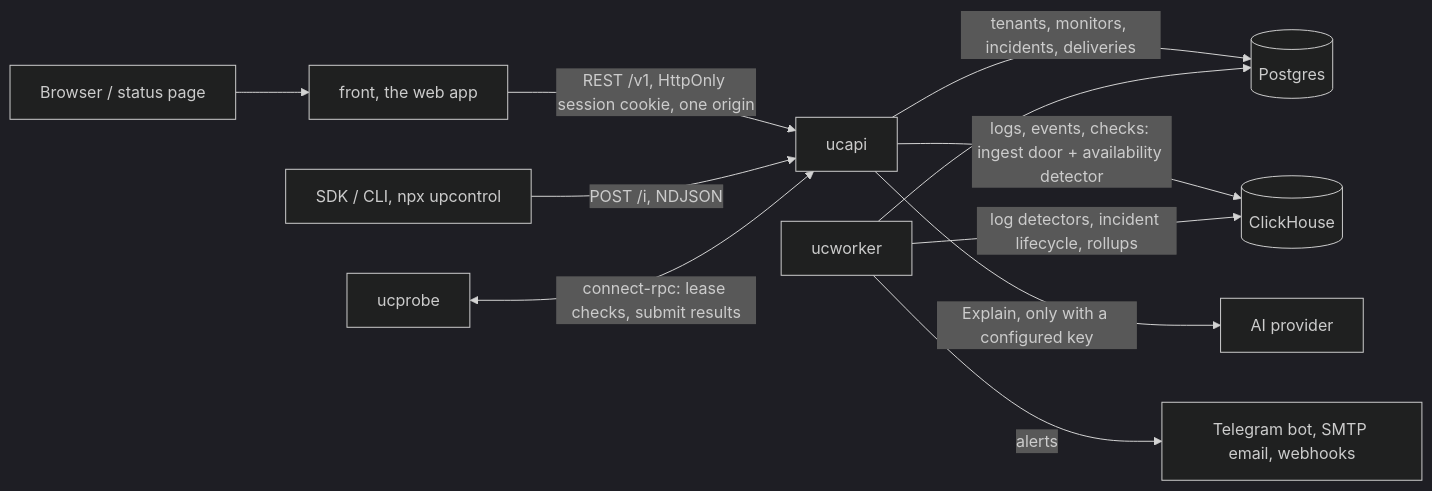
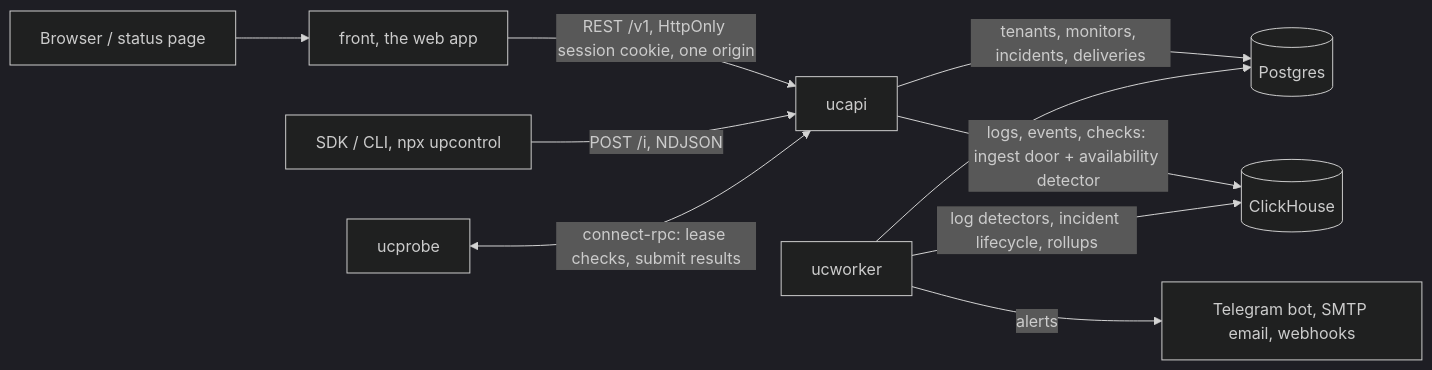
Before and after one commit to upcontrol-io/upcontrol: the diagram in README.md, drawn with Mermaid (dark theme). The commit also changed other lines of this file and 77 other files, not shown here.

````diff
--- a/README.md
+++ b/README.md
@@ -172,13 +161,12 @@
 ```mermaid
 flowchart LR
     Browser["Browser / status page"] --> Front["front, the web app"]
     Front -->|"REST /v1, HttpOnly session cookie, one origin"| UCAPI["ucapi"]
     SDK["SDK / CLI, npx upcontrol"] -->|"POST /i, NDJSON"| UCAPI
     UCPROBE["ucprobe"] <-->|"connect-rpc: lease checks, submit results"| UCAPI
     UCAPI -->|"tenants, monitors, incidents, deliveries"| PG[("Postgres")]
     UCAPI -->|"logs, events, checks: ingest door + availability detector"| CH[("ClickHouse")]
     UCWORKER["ucworker"] --> PG
     UCWORKER -->|"log detectors, incident lifecycle, rollups"| CH
     UCWORKER -->|"alerts"| CHANNELS["Telegram bot, SMTP email, webhooks"]
-    UCAPI -->|"Explain, only with a configured key"| AI["AI provider"]
 ```
````
